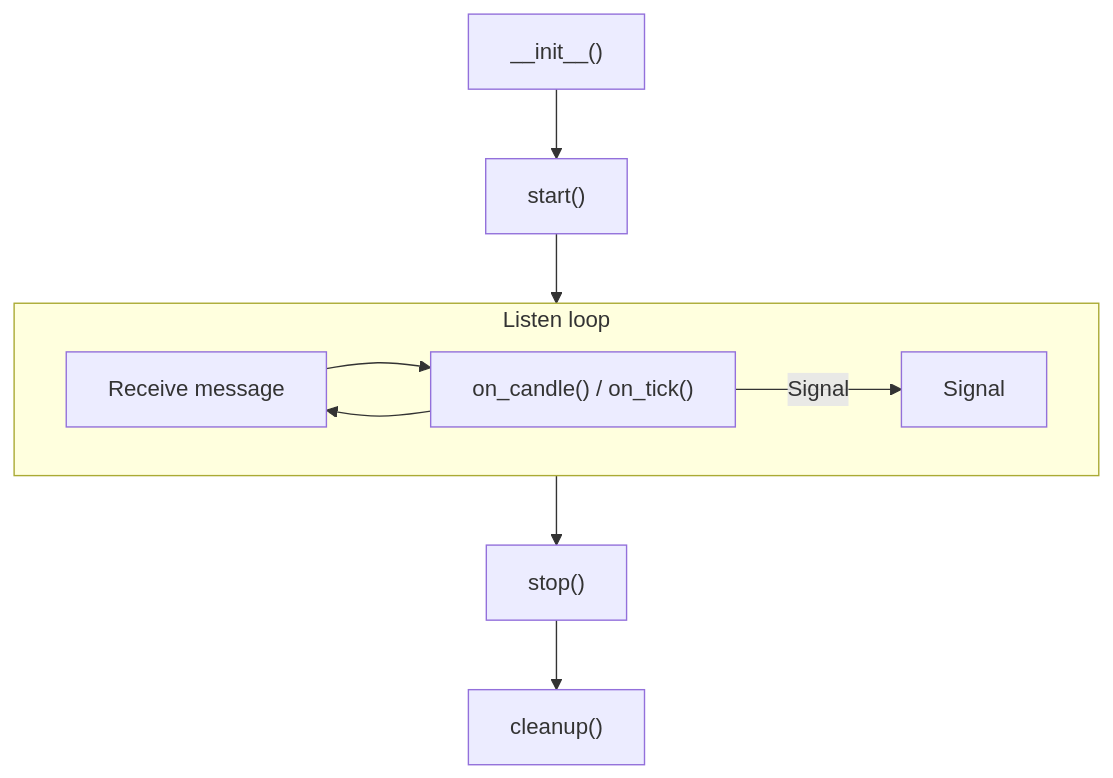
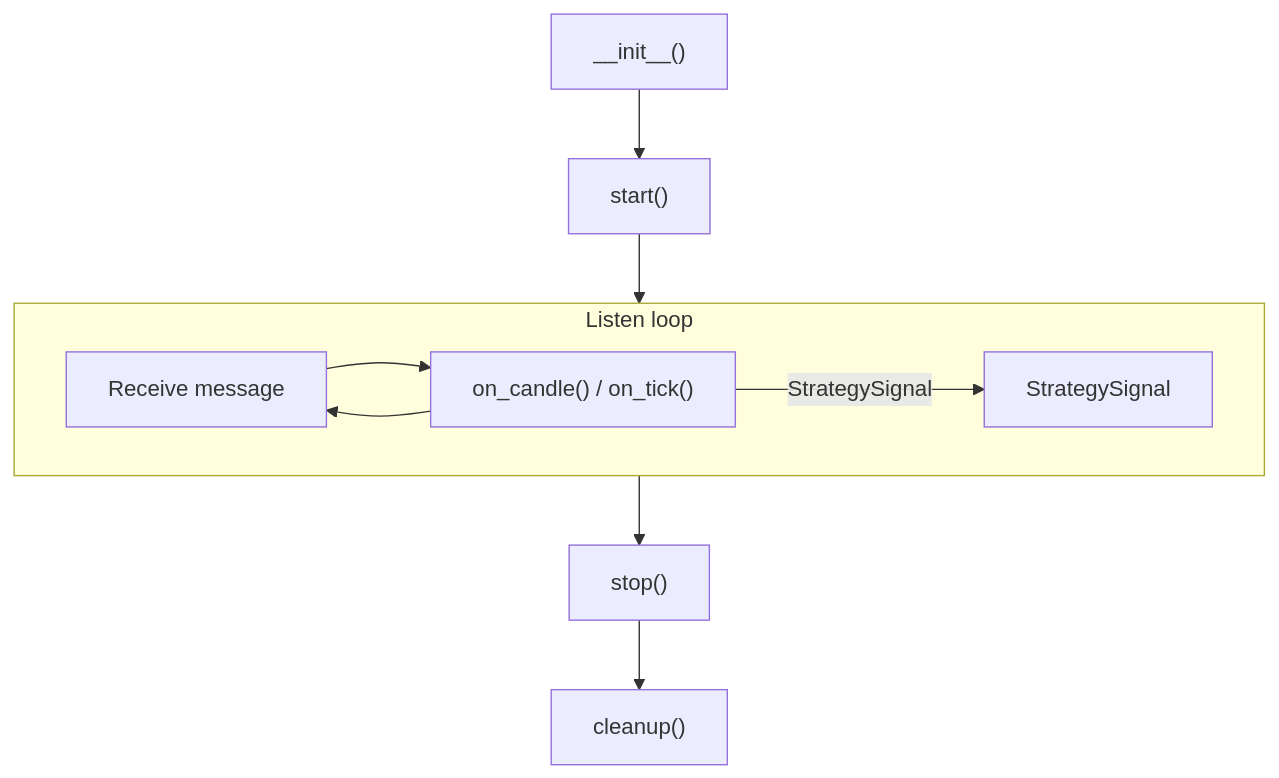
One commit to mateusz-klatt/snapper changed the second of 2 diagrams in docs/strategies.md. Above: the diagram before and after it, drawn with Mermaid. The commit also changed other lines of this file and 130 other files, not shown here.

````diff
--- a/docs/strategies.md
+++ b/docs/strategies.md
@@ -301,14 +301,14 @@
 ```mermaid
 flowchart TB
     Init["__init__()"] --> Start["start()"]
     Start --> Loop
 
     subgraph Loop["Listen loop"]
         Receive["Receive message"] --> Process["on_candle() / on_tick()"]
-        Process -->|Signal| SignalOut["Signal"]
+        Process -->|StrategySignal| SignalOut["StrategySignal"]
         Process --> Receive
     end
 
     Loop --> Stop["stop()"]
     Stop --> Cleanup["cleanup()"]
 ```
````
